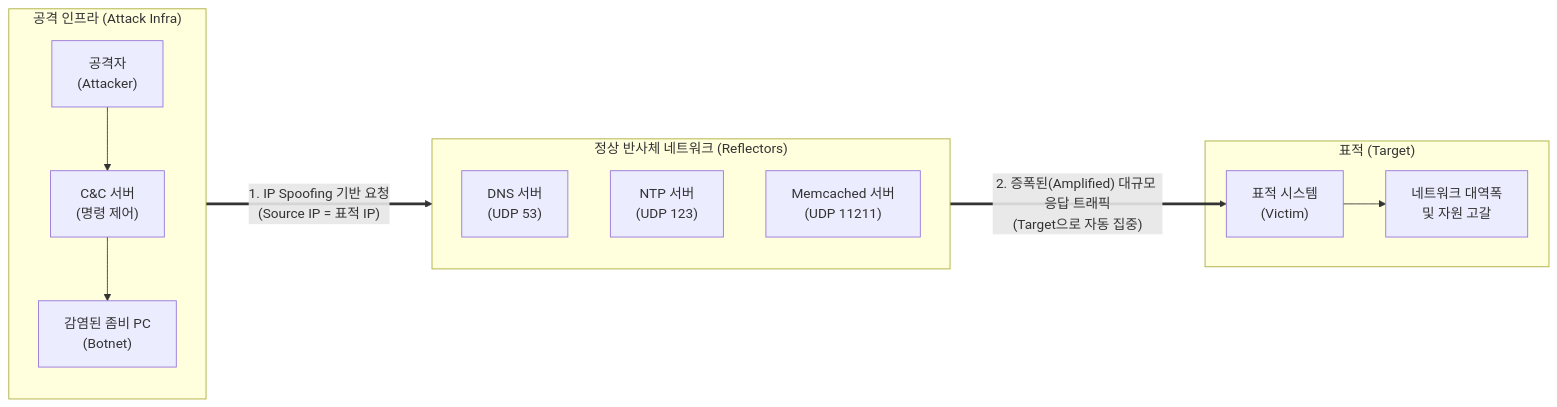
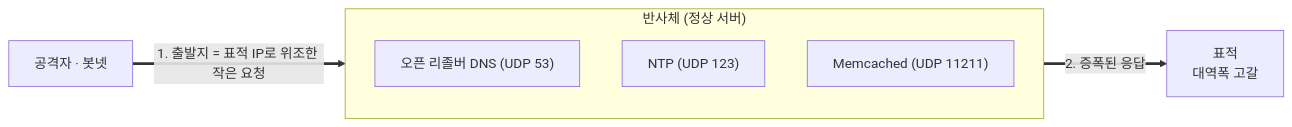
The diagram in content/01_IT Tech/DRDOS.md (supremethumb/supremethumb.github.io), drawn with Mermaid before and after one commit. The commit also changed other lines of this file and 1087 other files, not shown here.

````diff
--- a/content/01_IT Tech/DRDOS.md
+++ b/content/01_IT Tech/DRDOS.md
@@ -29,27 +36,11 @@
 ```mermaid
 flowchart LR
-    subgraph Attack_Infrastructure ["공격 인프라 (Attack Infra)"]
+    ATK["공격자 · 봇넷"] ==>|"1. 출발지 = 표적 IP로 위조한 작은 요청"| REF
+    subgraph REF["반사체 (정상 서버)"]
         direction TB
-        Attacker["공격자<br/>(Attacker)"]
-        CnC["C&C 서버<br/>(명령 제어)"]
-        Bots["감염된 좀비 PC<br/>(Botnet)"]
-        Attacker --> CnC --> Bots
+        D["오픈 리졸버 DNS (UDP 53)"]
+        N["NTP (UDP 123)"]
+        M["Memcached (UDP 11211)"]
     end
-
-    subgraph Reflectors ["정상 반사체 네트워크 (Reflectors)"]
-        direction TB
-        DNS["DNS 서버<br/>(UDP 53)"]
-        NTP["NTP 서버<br/>(UDP 123)"]
-        Mem["Memcached 서버<br/>(UDP 11211)"]
-    end
-
-    subgraph Target_System ["표적 (Target)"]
-        Target["표적 시스템<br/>(Victim)"]
-        Resource["네트워크 대역폭<br/>및 자원 고갈"]
-        Target --> Resource
-    end
-
-    Bots == "1. IP Spoofing 기반 요청<br/>(Source IP = 표적 IP)" ===> Reflectors
-    Reflectors == "2. 증폭된(Amplified) 대규모 응답 트래픽<br/>(Target으로 자동 집중)" ===> Target
-
+    REF ==>|"2. 증폭된 응답"| T["표적<br/>대역폭 고갈"]
 ```
````
